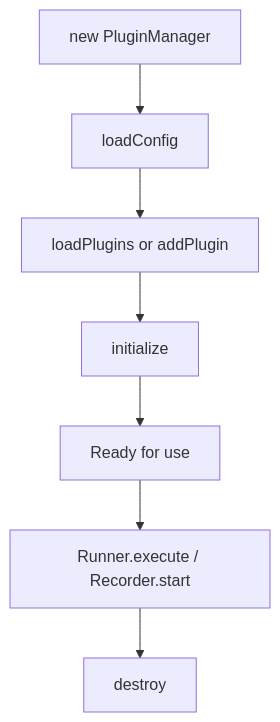
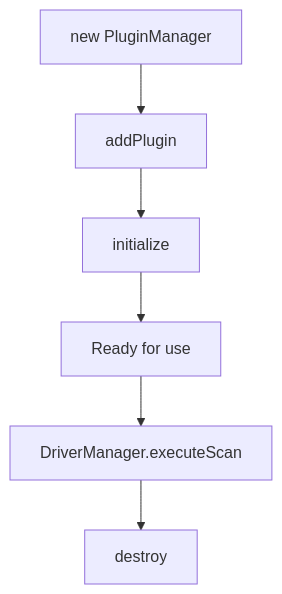
Before and after one commit to vulcnize/docs: the second of 2 diagrams in api/plugin-manager.mdx, drawn with Mermaid. The commit also changed other lines of this file and 27 other files, not shown here.

````diff
--- a/api/plugin-manager.mdx
+++ b/api/plugin-manager.mdx
@@ -148,9 +182,8 @@
 ```mermaid
 flowchart TD
-    A[new PluginManager] --> B[loadConfig]
-    B --> C[loadPlugins or addPlugin]
-    C --> D[initialize]
-    D --> E[Ready for use]
-    E --> F[Runner.execute / Recorder.start]
-    F --> G[destroy]
+    A[new PluginManager] --> B[addPlugin]
+    B --> C[initialize]
+    C --> D[Ready for use]
+    D --> E[DriverManager.executeScan]
+    E --> F[destroy]
 ```
````
